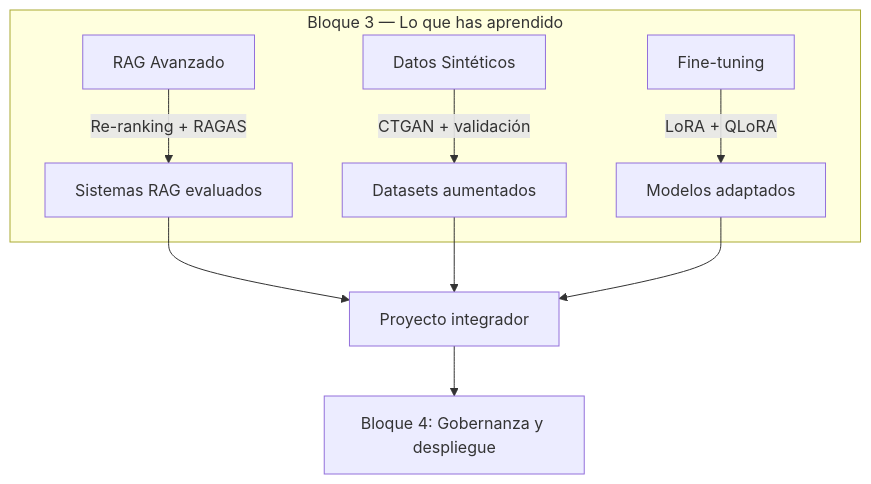
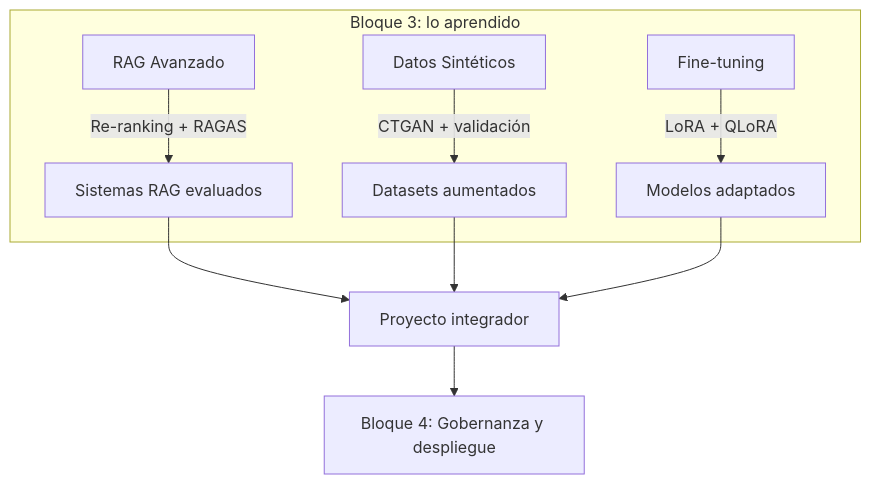
Before and after one commit to Adamychen/m10_quarto: the third of 3 diagrams in bloque3/03-aplicaciones.qmd, drawn with Mermaid. The commit also changed 57 other files, not shown here.

First line of the commit message:
fix: diagramas Mermaid rotos y modelo Llamus gemma4:26b

````diff
--- a/bloque3/03-aplicaciones.qmd
+++ b/bloque3/03-aplicaciones.qmd
@@ -91,12 +91,12 @@
 ```{mermaid}
 graph TD
-    subgraph "Bloque 3 — Lo que has aprendido"
+    subgraph "Bloque 3: lo aprendido"
         A[RAG Avanzado] -->|Re-ranking + RAGAS| B[Sistemas RAG evaluados]
         C[Datos Sintéticos] -->|CTGAN + validación| D[Datasets aumentados]
         E[Fine-tuning] -->|LoRA + QLoRA| F[Modelos adaptados]
     end
     B --> G[Proyecto integrador]
     D --> G
     F --> G
     G --> H["Bloque 4: Gobernanza y despliegue"]
 ```
````
